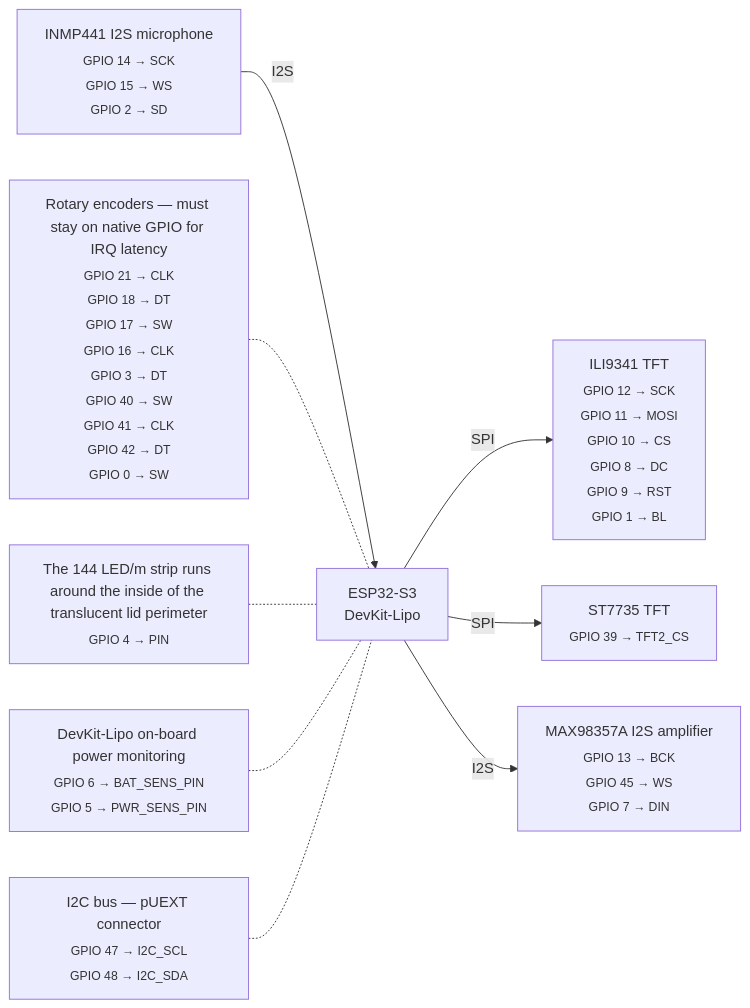
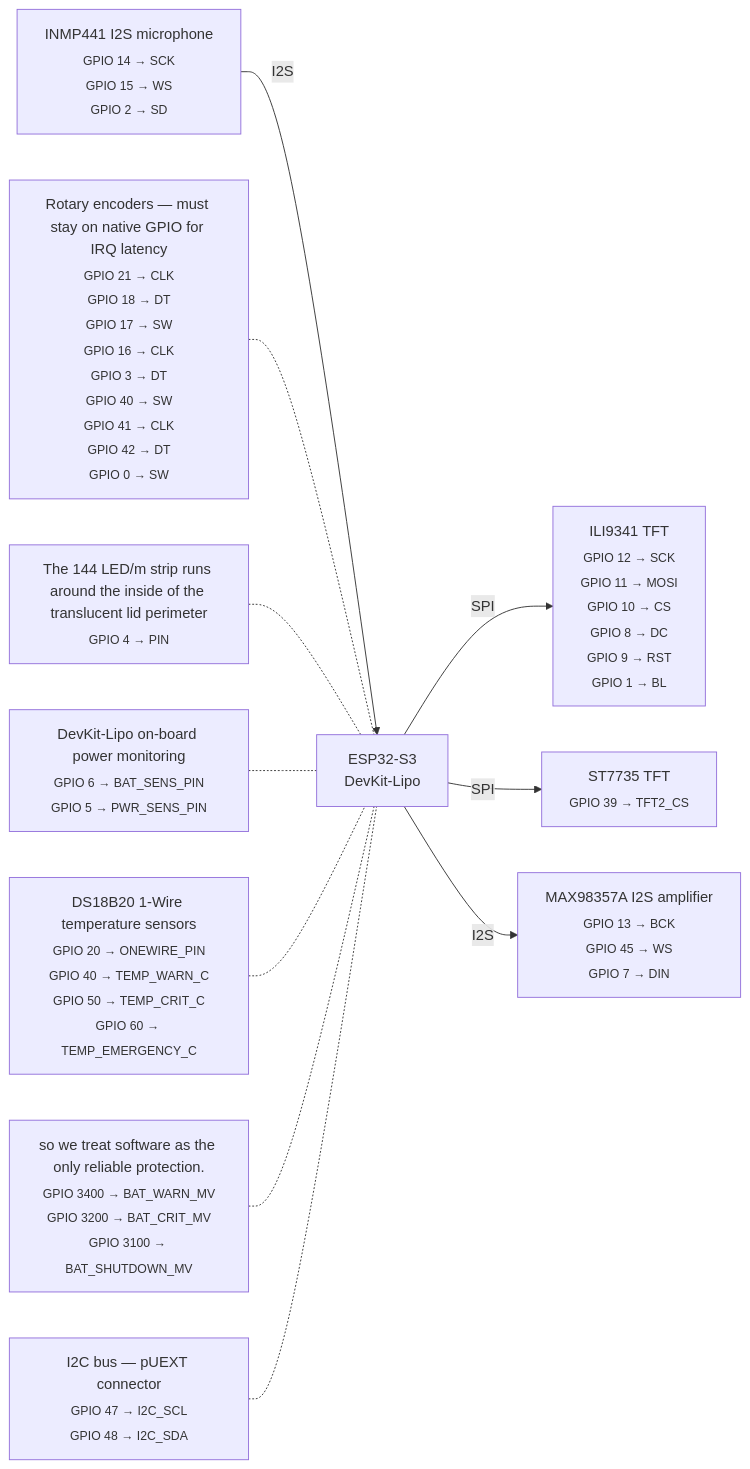
Before and after one commit to mandakan/bodn-esp32: the diagram in docs/wiring.md, drawn with Mermaid. The commit also changed other lines of this file and 16 other files, not shown here.

````diff
--- a/docs/wiring.md
+++ b/docs/wiring.md
@@ -8,29 +8,35 @@
 ```mermaid
 graph LR
     ESP["ESP32-S3<br/>DevKit-Lipo"]
 
     ILI9341TFT["ILI9341 TFT<br/><sub>GPIO 12 → SCK<br/>GPIO 11 → MOSI<br/>GPIO 10 → CS<br/>GPIO 8 → DC<br/>GPIO 9 → RST<br/>GPIO 1 → BL</sub>"]
     ESP -- SPI --> ILI9341TFT
 
     ST7735TFT["ST7735 TFT<br/><sub>GPIO 39 → TFT2_CS</sub>"]
     ESP -- SPI --> ST7735TFT
 
     INMP441I2Smicrophone["INMP441 I2S microphone<br/><sub>GPIO 14 → SCK<br/>GPIO 15 → WS<br/>GPIO 2 → SD</sub>"]
     INMP441I2Smicrophone -- I2S --> ESP
 
     MAX98357AI2Samplifier["MAX98357A I2S amplifier<br/><sub>GPIO 13 → BCK<br/>GPIO 45 → WS<br/>GPIO 7 → DIN</sub>"]
     ESP -- I2S --> MAX98357AI2Samplifier
 
     RotaryencodersmuststayonnativeGPIOforIRQlatency["Rotary encoders — must stay on native GPIO for IRQ latency<br/><sub>GPIO 21 → CLK<br/>GPIO 18 → DT<br/>GPIO 17 → SW<br/>GPIO 16 → CLK<br/>GPIO 3 → DT<br/>GPIO 40 → SW<br/>GPIO 41 → CLK<br/>GPIO 42 → DT<br/>GPIO 0 → SW</sub>"]
     RotaryencodersmuststayonnativeGPIOforIRQlatency -.- ESP
 
     The144LEDmstriprunsaroundtheinsideofthetranslucentlidperimeter["The 144 LED/m strip runs around the inside of the translucent lid perimeter<br/><sub>GPIO 4 → PIN</sub>"]
     The144LEDmstriprunsaroundtheinsideofthetranslucentlidperimeter -.- ESP
 
     DevKitLipoonboardpowermonitoring["DevKit-Lipo on-board power monitoring<br/><sub>GPIO 6 → BAT_SENS_PIN<br/>GPIO 5 → PWR_SENS_PIN</sub>"]
     DevKitLipoonboardpowermonitoring -.- ESP
 
+    DS18B201Wiretemperaturesensors["DS18B20 1-Wire temperature sensors<br/><sub>GPIO 20 → ONEWIRE_PIN<br/>GPIO 40 → TEMP_WARN_C<br/>GPIO 50 → TEMP_CRIT_C<br/>GPIO 60 → TEMP_EMERGENCY_C</sub>"]
+    DS18B201Wiretemperaturesensors -.- ESP
+
+    sowetreatsoftwareastheonlyreliableprotection["so we treat software as the only reliable protection.<br/><sub>GPIO 3400 → BAT_WARN_MV<br/>GPIO 3200 → BAT_CRIT_MV<br/>GPIO 3100 → BAT_SHUTDOWN_MV</sub>"]
+    sowetreatsoftwareastheonlyreliableprotection -.- ESP
+
     I2CbuspUEXTconnector["I2C bus — pUEXT connector<br/><sub>GPIO 47 → I2C_SCL<br/>GPIO 48 → I2C_SDA</sub>"]
     I2CbuspUEXTconnector -.- ESP
 
 ```
````
